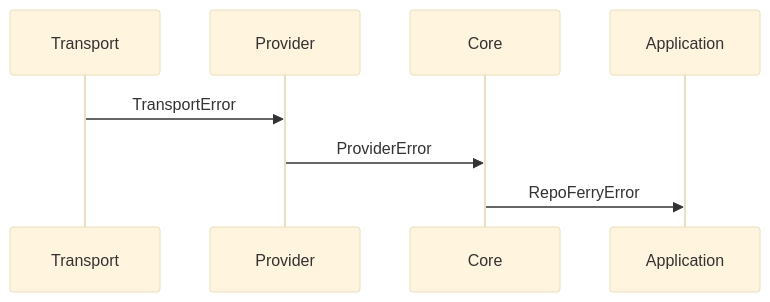
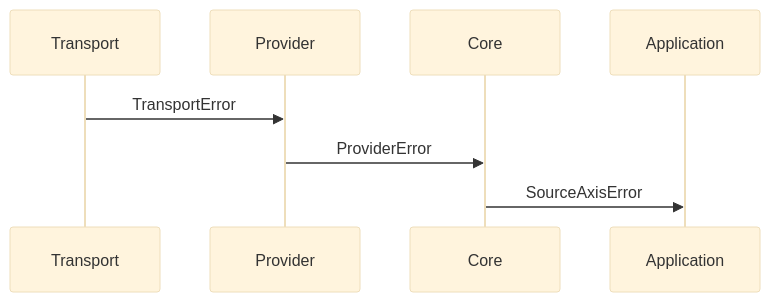
The third of 8 diagrams in docs/architecture/adr/ADR-008.md (mriduldey/git-bridge), drawn with Mermaid (base theme) before and after one commit. The commit also changed other lines of this file and 118 other files, not shown here.

First line of the commit message:
Release v0.1.0: SourceAxis developer preview (#3)

````diff
--- a/docs/architecture/adr/ADR-008.md
+++ b/docs/architecture/adr/ADR-008.md
@@ -776,9 +776,9 @@
 ```mermaid
 sequenceDiagram
 
 Transport->>Provider: TransportError
 
 Provider->>Core: ProviderError
 
-Core->>Application: RepoFerryError
+Core->>Application: SourceAxisError
 ```
````
